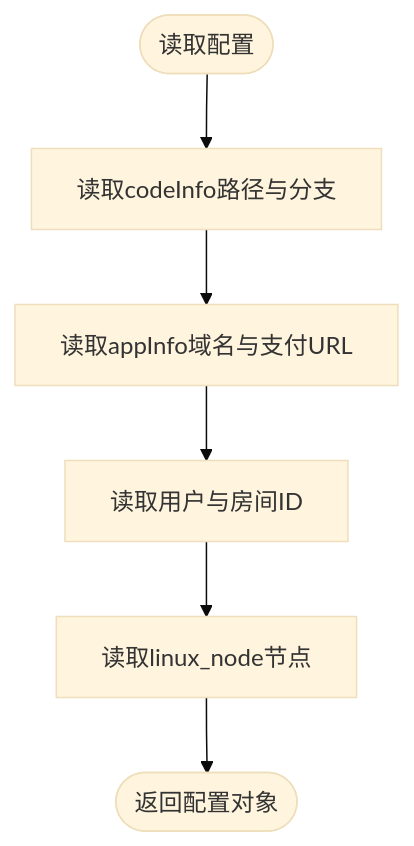
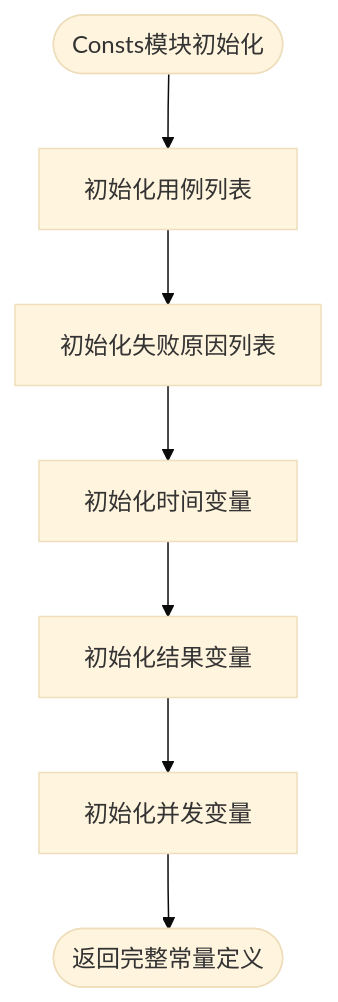
Before and after one commit to liximing1-ola/qa-payTest: diagram 12 of 13 in .qoder/repowiki/zh/content/自动化与CI_CD.md, drawn with Mermaid (base theme). The commit also changed other lines of this file and 14 other files, not shown here.

````diff
--- a/.qoder/repowiki/zh/content/自动化与CI_CD.md
+++ b/.qoder/repowiki/zh/content/自动化与CI_CD.md
@@ -348,8 +443,9 @@
 ```mermaid
 flowchart TD
-Start(["读取配置"]) --> Paths["读取codeInfo路径与分支"]
-Paths --> URLs["读取appInfo域名与支付URL"]
-URLs --> Users["读取用户与房间ID"]
-Users --> Nodes["读取linux_node节点"]
-Nodes --> End(["返回配置对象"])
+Start(["Consts模块初始化"]) --> CaseLists["初始化用例列表"]
+CaseLists --> FailReasons["初始化失败原因列表"]
+FailReasons --> TimeVars["初始化时间变量"]
+TimeVars --> ResultVars["初始化结果变量"]
+ResultVars --> ConcurrencyVars["初始化并发变量"]
+ConcurrencyVars --> End(["返回完整常量定义"])
 ```
````
